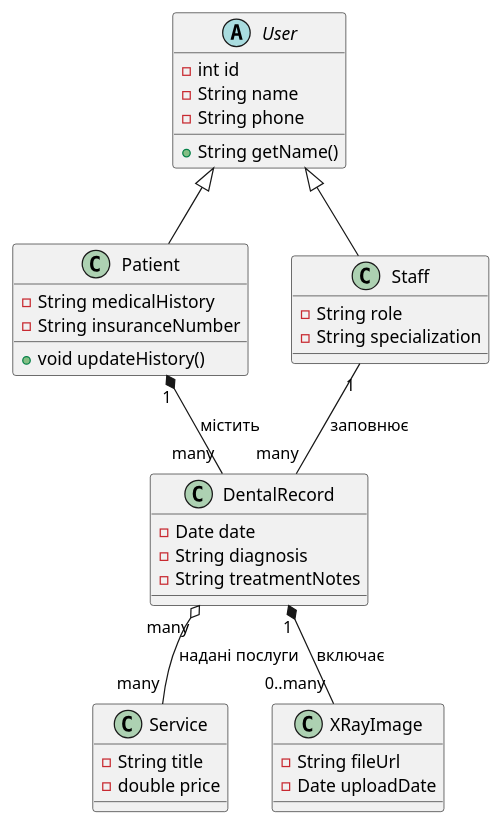
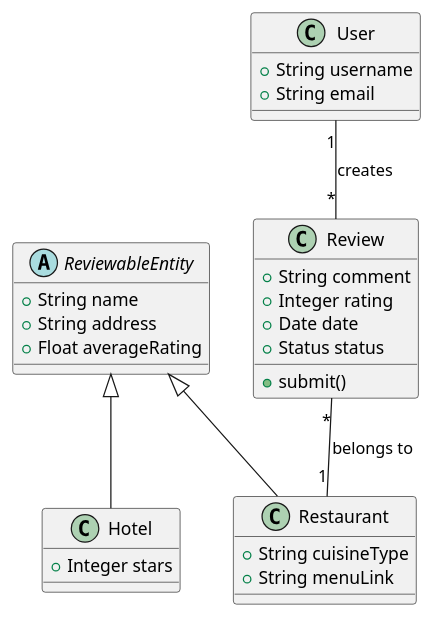
The diagram in uml/class_diagram.puml (Denysko8/iot_dpz), drawn with PlantUML before and after one commit. The commit also changed 4 other files, not shown here.

```diff
--- a/uml/class_diagram.puml
+++ b/uml/class_diagram.puml
@@ -1,42 +1,32 @@
 @startuml
-abstract class User {
-    - int id
-    - String name
-    - String phone
-    + String getName()
+abstract class ReviewableEntity {
+    +String name
+    +String address
+    +Float averageRating
 }
 
-class Patient {
-    - String medicalHistory
-    - String insuranceNumber
-    + void updateHistory()
+class Restaurant extends ReviewableEntity {
+    +String cuisineType
+    +String menuLink
 }
 
-class Staff {
-    - String role
-    - String specialization
+class Hotel extends ReviewableEntity {
+    +Integer stars
 }
 
-class DentalRecord {
-    - Date date
-    - String diagnosis
-    - String treatmentNotes
+class Review {
+    +String comment
+    +Integer rating
+    +Date date
+    +Status status
+    +submit()
 }
 
-class Service {
-    - String title
-    - double price
+class User {
+    +String username
+    +String email
 }
 
-class XRayImage {
-    - String fileUrl
-    - Date uploadDate
-}
-
-User <|-- Patient
-User <|-- Staff
-Patient "1" *-- "many" DentalRecord : містить
-DentalRecord "1" *-- "0..many" XRayImage : включає
-DentalRecord "many" o-- "many" Service : надані послуги
-Staff "1" -- "many" DentalRecord : заповнює
-@endum
+User "1" -- "*" Review : creates
+Review "*" -- "1" Restaurant : belongs to
+@enduml
```
